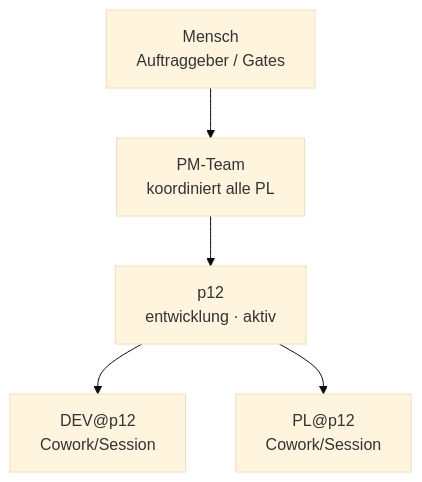
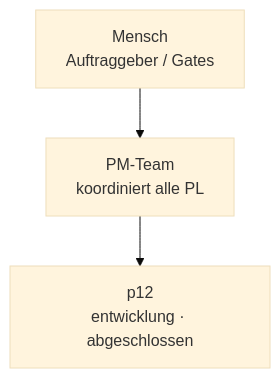
One commit to DiOflOrds/projects changed the diagram in p12/ORGANIGRAMM.md. Above: the diagram before and after it, drawn with Mermaid (base theme). The commit also changed other lines of this file and 16 other files, not shown here.

````diff
--- a/p12/ORGANIGRAMM.md
+++ b/p12/ORGANIGRAMM.md
@@ -7,12 +7,8 @@
 ```mermaid
 graph TB
   MENSCH["Mensch<br/>Auftraggeber / Gates"]
   PM["PM-Team<br/>koordiniert alle PL"]
   MENSCH --> PM
-  p12["p12<br/>entwicklung · aktiv"]
+  p12["p12<br/>entwicklung · abgeschlossen"]
   PM --> p12
-  DEV_p12["DEV@p12<br/>Cowork/Session"]
-  p12 --> DEV_p12
-  PL_p12["PL@p12<br/>Cowork/Session"]
-  p12 --> PL_p12
 ```
````
